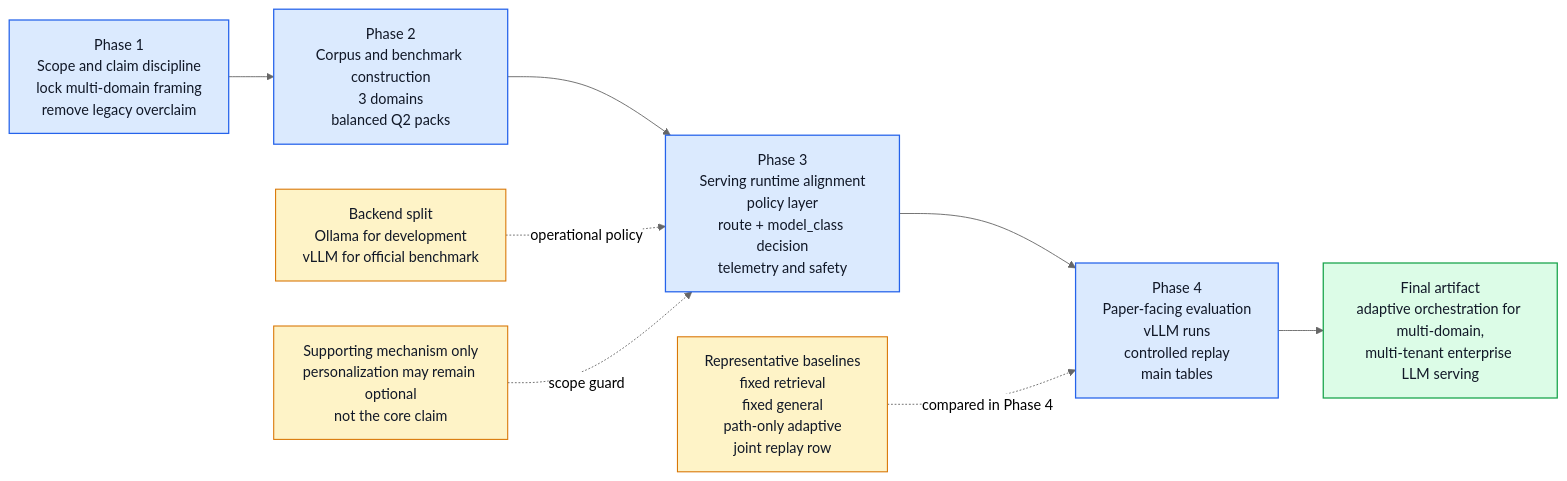
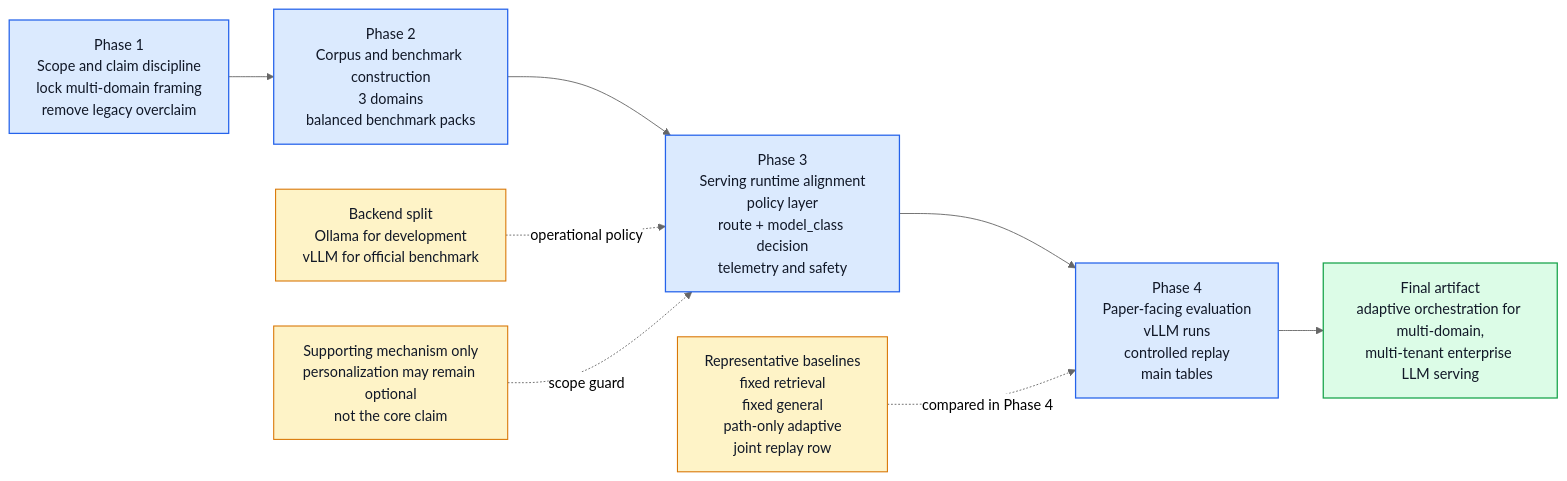
The fifth of 5 diagrams in source code/NCKH_adaptive_inference/docs/02_active_guides/FRAMEWORK_DIAGRAMS.md (Linhlss/adaptive-enterprise-llm-orchestration), drawn with Mermaid (neutral theme) before and after one commit. The commit also changed other lines of this file and 57 other files, not shown here.

````diff
--- a/source code/NCKH_adaptive_inference/docs/02_active_guides/FRAMEWORK_DIAGRAMS.md
+++ b/source code/NCKH_adaptive_inference/docs/02_active_guides/FRAMEWORK_DIAGRAMS.md
@@ -172,19 +172,19 @@
 ```mermaid
 flowchart LR
-    P1["Phase 1<br/>Scope and claim discipline<br/>lock multi-domain framing<br/>remove legacy overclaim"] --> P2["Phase 2<br/>Corpus and benchmark construction<br/>3 domains<br/>balanced Q2 packs"]
+    P1["Phase 1<br/>Scope and claim discipline<br/>lock multi-domain framing<br/>remove legacy overclaim"] --> P2["Phase 2<br/>Corpus and benchmark construction<br/>3 domains<br/>balanced benchmark packs"]
     P2 --> P3["Phase 3<br/>Serving runtime alignment<br/>policy layer<br/>route + model_class decision<br/>telemetry and safety"]
     P3 --> P4["Phase 4<br/>Paper-facing evaluation<br/>vLLM runs<br/>controlled replay<br/>main tables"]
     P4 --> OUT["Final artifact<br/>adaptive orchestration for multi-domain,<br/>multi-tenant enterprise LLM serving"]
 
     B1["Representative baselines<br/>fixed retrieval<br/>fixed general<br/>path-only adaptive<br/>joint replay row"] -. compared in Phase 4 .-> P4
     B2["Backend split<br/>Ollama for development<br/>vLLM for official benchmark"] -. operational policy .-> P3
     B3["Supporting mechanism only<br/>personalization may remain optional<br/>not the core claim"] -. scope guard .-> P3
 
     classDef phase fill:#dbeafe,stroke:#2563eb,stroke-width:1.4px,color:#111827;
     classDef outcome fill:#dcfce7,stroke:#16a34a,stroke-width:1.4px,color:#111827;
     classDef note fill:#fef3c7,stroke:#d97706,stroke-width:1.2px,color:#111827;
 
     class P1,P2,P3,P4 phase;
     class OUT outcome;
     class B1,B2,B3 note;
 ```
````
